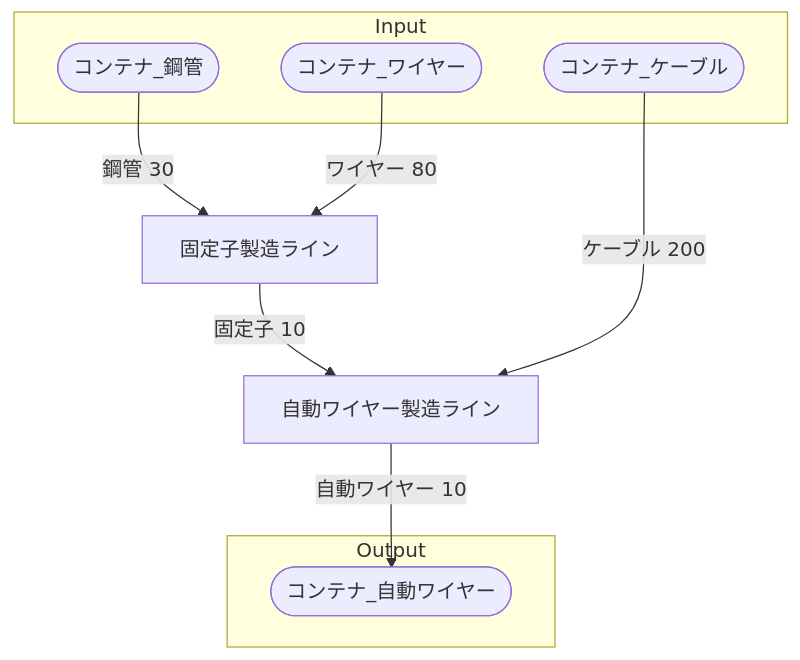
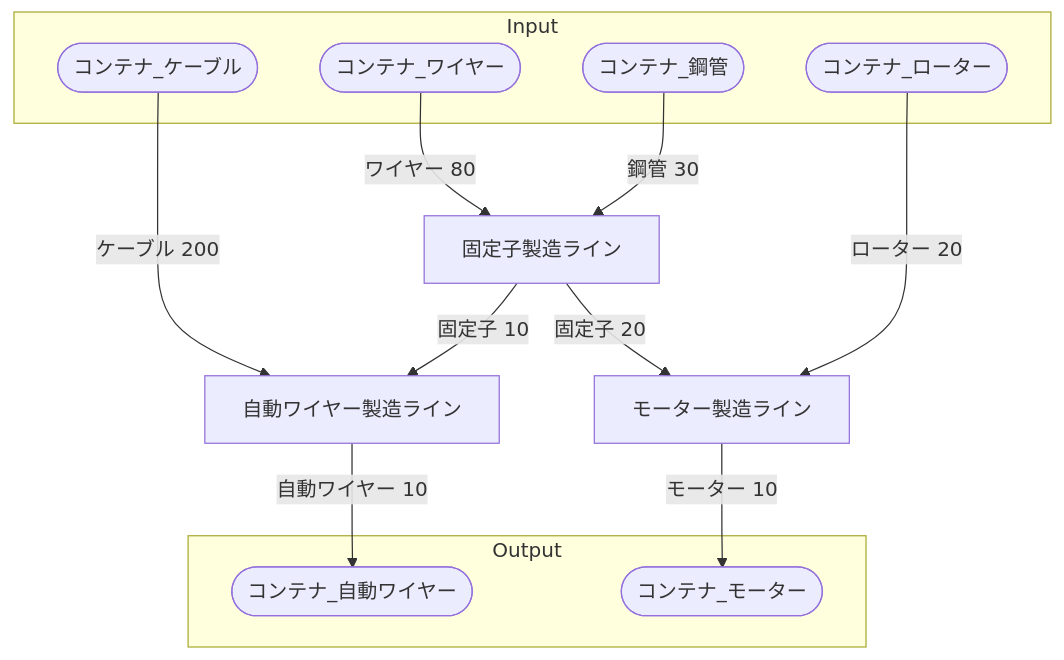
The diagram in 40_FactoryBuilding/自動ワイヤー工場/30‗全体製造ライン設計書/全体製造ライン設計書.md (Suzuran-Amano/SatisfactoryTaskEfficiency), drawn with Mermaid before and after one commit. The commit also changed other lines of this file and 8 other files, not shown here.

````diff
--- a/40_FactoryBuilding/自動ワイヤー工場/30‗全体製造ライン設計書/全体製造ライン設計書.md
+++ b/40_FactoryBuilding/自動ワイヤー工場/30‗全体製造ライン設計書/全体製造ライン設計書.md
@@ -28,28 +38,37 @@
 ```mermaid
 flowchart TD
 
 subgraph Input
     コンテナ_鋼管([コンテナ_鋼管])
     コンテナ_ワイヤー([コンテナ_ワイヤー])
     コンテナ_ケーブル([コンテナ_ケーブル])
+    コンテナ_ローター([コンテナ_ローター])
 end
 
 固定子製造ライン[固定子製造ライン]
 自動ワイヤー製造ライン[自動ワイヤー製造ライン]
+モーター製造ライン[モーター製造ライン]
 
 subgraph Output
     コンテナ_自動ワイヤー([コンテナ_自動ワイヤー])
+    コンテナ_モーター([コンテナ_モーター])
 end
 
 
 コンテナ_鋼管-->|鋼管 30|固定子製造ライン
 コンテナ_ワイヤー-->|ワイヤー 80|固定子製造ライン
 
 固定子製造ライン-->|固定子 10|自動ワイヤー製造ライン
 コンテナ_ケーブル-->|ケーブル 200|自動ワイヤー製造ライン
 
+コンテナ_ローター-->|ローター 20|モーター製造ライン
+固定子製造ライン-->|固定子 20|モーター製造ライン
+
+
 自動ワイヤー製造ライン-->|自動ワイヤー 10|コンテナ_自動ワイヤー
+
+モーター製造ライン-->|モーター 10|コンテナ_モーター
 
 
 
 ```
````
